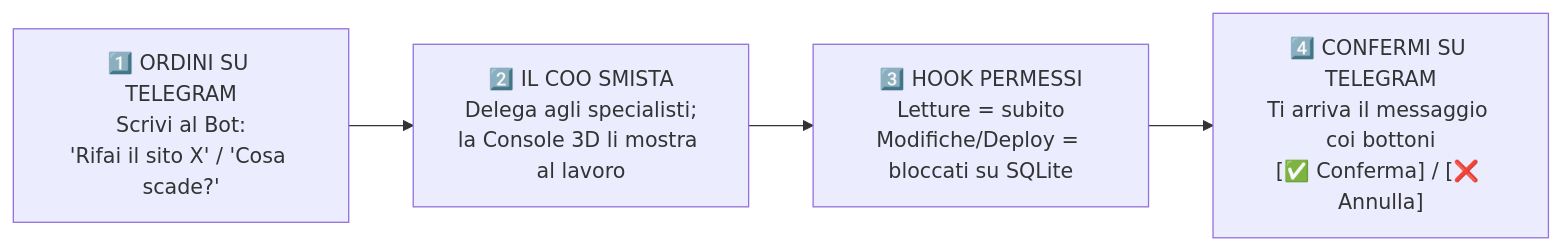
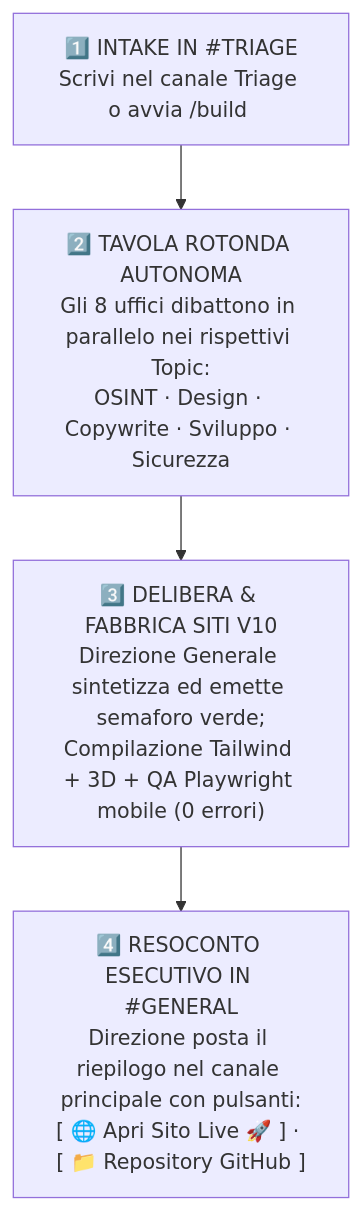
One commit to Lorenzozero/agency-ai-3d-starter changed the diagram in README.md. Above: the diagram before and after it, drawn with Mermaid. The commit also changed other lines of this file and 5 other files, not shown here.

Commit message:
feat: integra Supergruppo Telegram Topics, tavola rotonda cross-ufficio, filtri team puliti e resoconto #General

````diff
--- a/README.md
+++ b/README.md
@@ -63,6 +63,6 @@
 ```mermaid
-flowchart LR
-    S1["1️⃣ ORDINI SU TELEGRAM\nScrivi al Bot:\n'Rifai il sito X' / 'Cosa scade?'"] --> S2["2️⃣ IL COO SMISTA\nDelega agli specialisti;\nla Console 3D li mostra al lavoro"]
-    S2 --> S3["3️⃣ HOOK PERMESSI\nLetture = subito\nModifiche/Deploy = bloccati su SQLite"]
-    S3 --> S4["4️⃣ CONFERMI SU TELEGRAM\nTi arriva il messaggio coi bottoni\n[✅ Conferma] / [❌ Annulla]"]
+flowchart TD
+    S1["1️⃣ INTAKE IN #TRIAGE\nScrivi nel canale Triage o avvia /build <brief>"] --> S2["2️⃣ TAVOLA ROTONDA AUTONOMA\nGli 8 uffici dibattono in parallelo nei rispettivi Topic:\nOSINT · Design · Copywrite · Sviluppo · Sicurezza"]
+    S2 --> S3["3️⃣ DELIBERA & FABBRICA SITI V10\nDirezione Generale sintetizza ed emette semaforo verde;\nCompilazione Tailwind + 3D + QA Playwright mobile (0 errori)"]
+    S3 --> S4["4️⃣ RESOCONTO ESECUTIVO IN #GENERAL\nDirezione posta il riepilogo nel canale principale con pulsanti:\n[ 🌐 Apri Sito Live 🚀 ] · [ 📁 Repository GitHub ]"]
 ```
````
